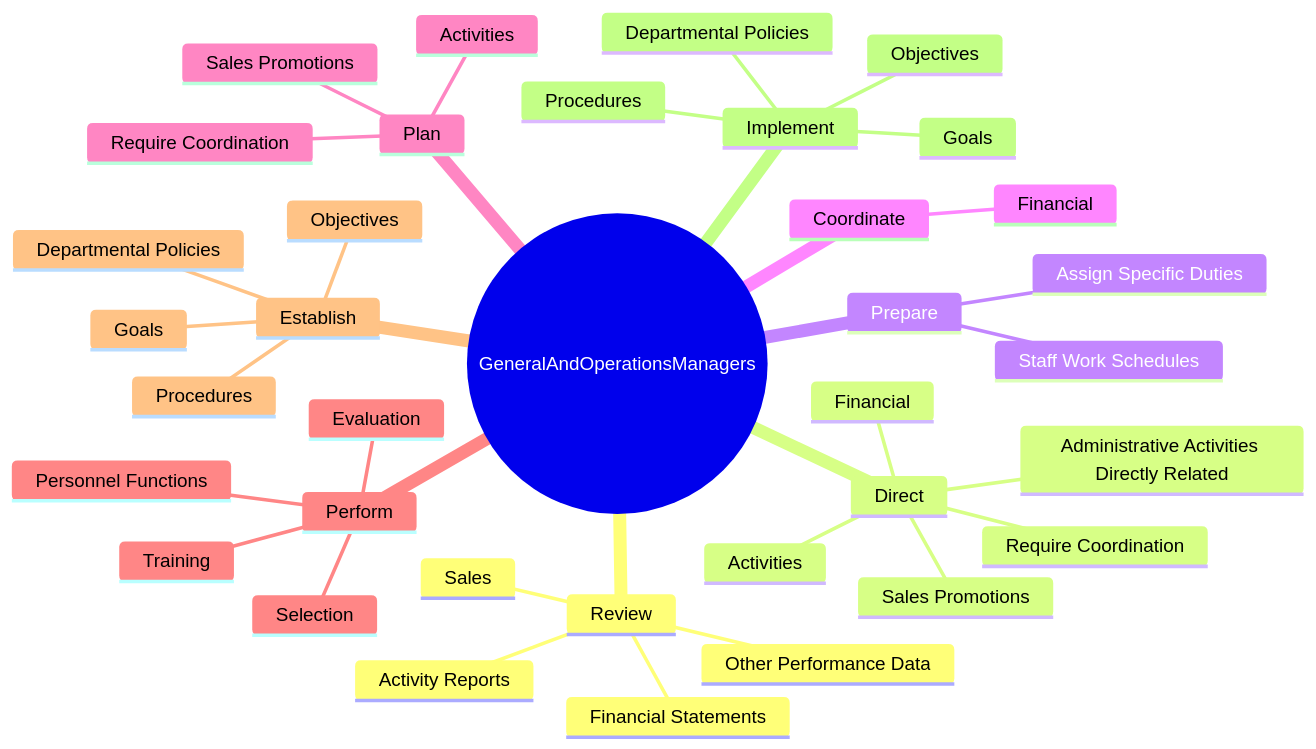
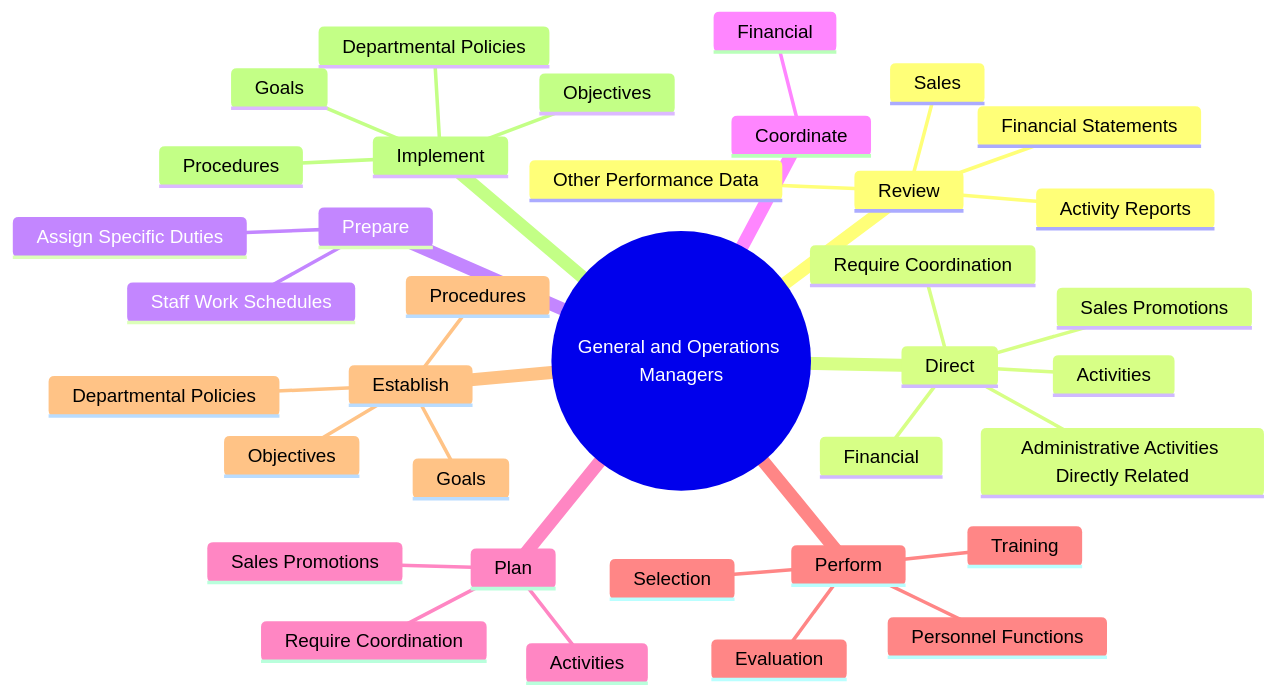
The second of 4 diagrams in occupations/Management/GeneralAndOperationsManagers.mdx (kziemski/business.org.ai), drawn with Mermaid before and after one commit. The commit also changed other lines of this file and 938 other files, not shown here.

````diff
--- a/occupations/Management/GeneralAndOperationsManagers.mdx
+++ b/occupations/Management/GeneralAndOperationsManagers.mdx
@@ -37,39 +45,39 @@
 ```mermaid
 mindmap
-    root(("GeneralAndOperationsManagers"))
+    root(("General and Operations Managers"))
         Review
             Financial Statements
             Sales
             Activity Reports
             Other Performance Data
         Direct
             Administrative Activities Directly Related
             Financial
             Activities
             Sales Promotions
             Require Coordination
         Prepare
             Staff Work Schedules
             Assign Specific Duties
         Coordinate
             Financial
         Plan
             Activities
             Sales Promotions
             Require Coordination
         Perform
             Personnel Functions
             Selection
             Training
             Evaluation
         Establish
             Departmental Policies
             Goals
             Objectives
             Procedures
         Implement
             Departmental Policies
             Goals
             Objectives
             Procedures
 ```
````
